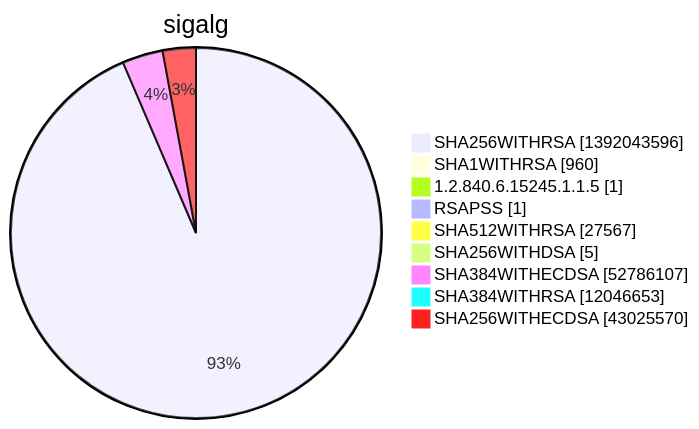
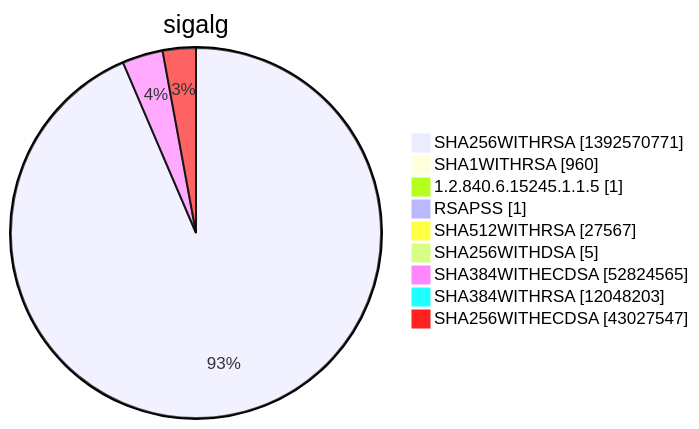
Diagram 15 of 15 in argon2022/README.md (christiankrug/ctmonitor_visualization), drawn with Mermaid before and after one commit. The commit also changed other lines of this file, not shown here.

````diff
--- a/argon2022/README.md
+++ b/argon2022/README.md
@@ -5524,13 +5524,13 @@
 ```mermaid
 pie showData
 title sigalg
-"SHA256WITHRSA" :1392043596
+"SHA256WITHRSA" :1392570771
 "SHA1WITHRSA" :960
 "1.2.840.6.15245.1.1.5" :1
 "RSAPSS" :1
 "SHA512WITHRSA" :27567
 "SHA256WITHDSA" :5
-"SHA384WITHECDSA" :52786107
-"SHA384WITHRSA" :12046653
-"SHA256WITHECDSA" :43025570
+"SHA384WITHECDSA" :52824565
+"SHA384WITHRSA" :12048203
+"SHA256WITHECDSA" :43027547
 ```
````
